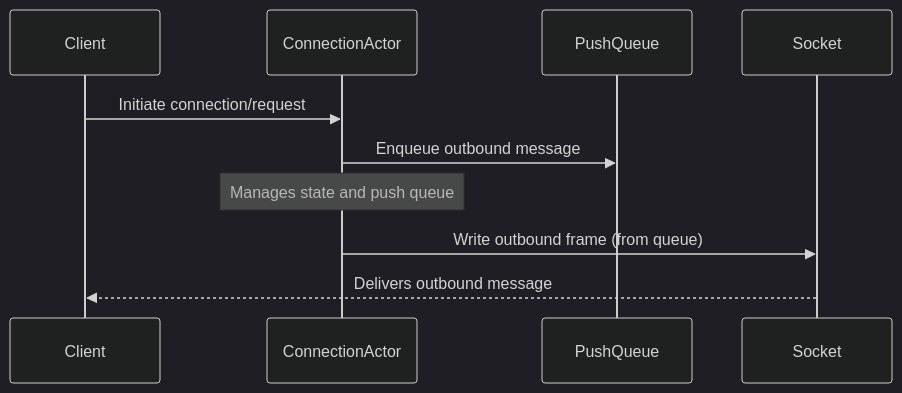
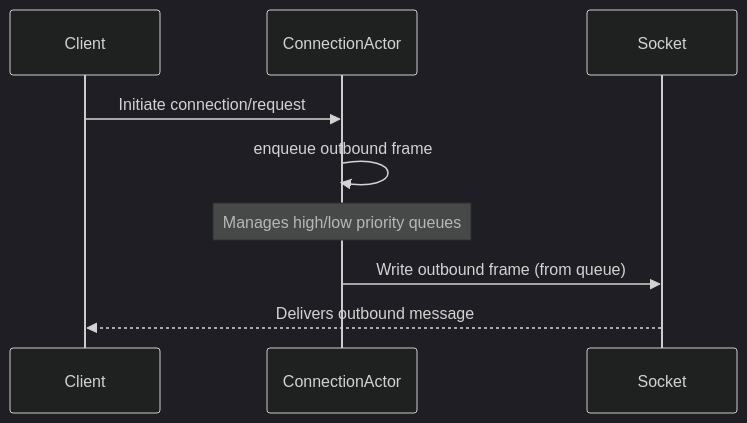
Before and after one commit to leynos/wireframe: the second of 7 diagrams in docs/asynchronous-outbound-messaging-design.md, drawn with Mermaid (dark theme). The commit also changed other lines of this file, not shown here.

Commit message:
Fix footnotes and queues

````diff
--- a/docs/asynchronous-outbound-messaging-design.md
+++ b/docs/asynchronous-outbound-messaging-design.md
@@ -166,13 +166,12 @@
 ```mermaid
 sequenceDiagram
     participant Client
     participant ConnectionActor
-    participant PushQueue
     participant Socket
 
     Client->>ConnectionActor: Initiate connection/request
-    ConnectionActor->>PushQueue: Enqueue outbound message
-    Note over ConnectionActor: Manages state and push queue
+    ConnectionActor->>ConnectionActor: enqueue outbound frame
+    Note over ConnectionActor: Manages high/low priority queues
     ConnectionActor->>Socket: Write outbound frame (from queue)
     Socket-->>Client: Delivers outbound message
 ```
````
